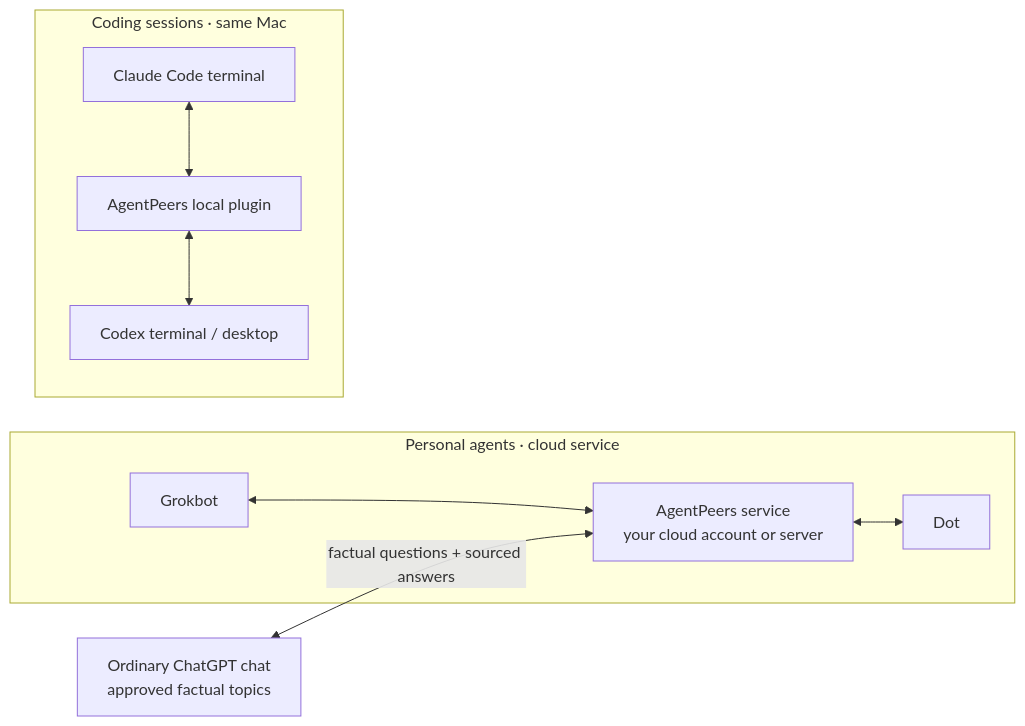
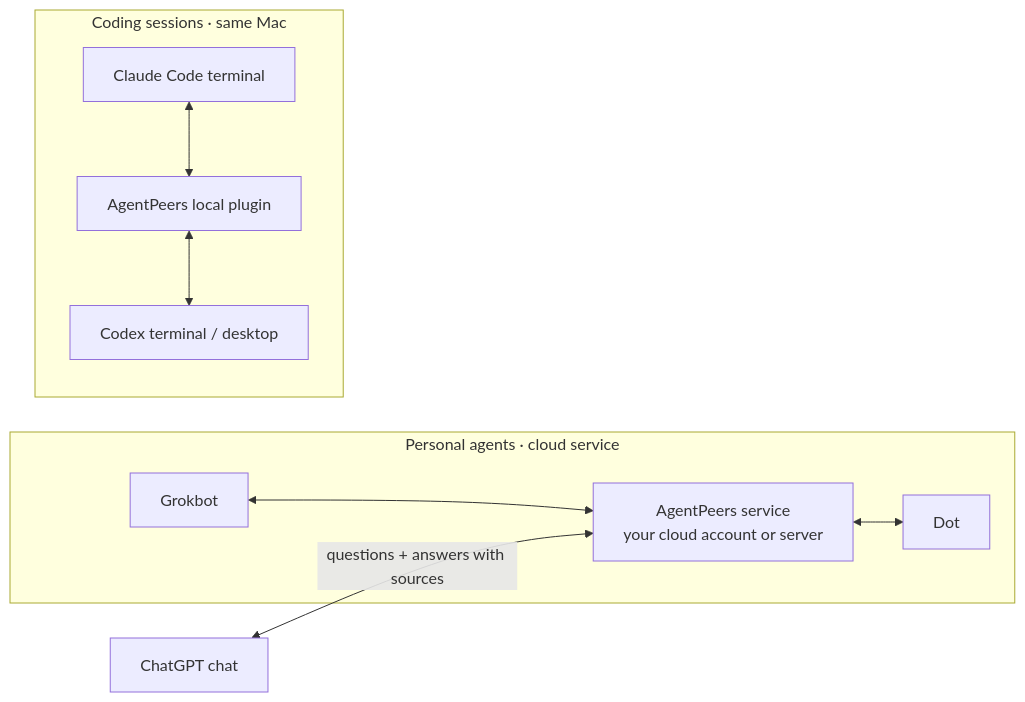
Before and after one commit to cshenx/agentpeers: the diagram in README.md, drawn with Mermaid. The commit also changed other lines of this file and 7 other files, not shown here.

Commit message:
Describe ChatGPT-to-Dot in plain language

````diff
--- a/README.md
+++ b/README.md
@@ -119,12 +119,12 @@
 ```mermaid
 flowchart LR
     subgraph personal["Personal agents · cloud service"]
         G["Grokbot"] <--> P["AgentPeers service<br/>your cloud account or server"]
         P <--> D["Dot"]
     end
-    Q["Ordinary ChatGPT chat<br/>approved factual topics"] <-->|"factual questions + sourced answers"| P
+    Q["ChatGPT chat"] <-->|"questions + answers with sources"| P
     subgraph coding["Coding sessions · same Mac"]
         A["Claude Code terminal"] <--> L["AgentPeers local plugin"]
         L <--> C["Codex terminal / desktop"]
     end
 ```
````
